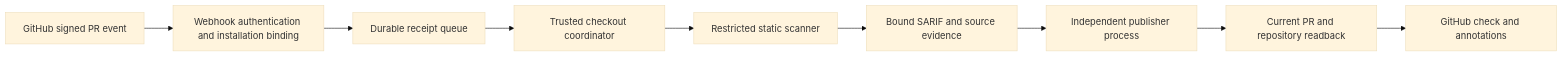
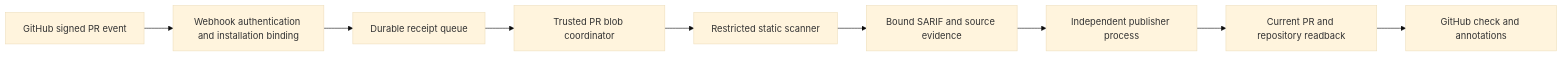
Before and after one commit to jayekwere/reviewshield: the diagram in docs/architecture.md, drawn with Mermaid (base theme). The commit also changed other lines of this file and 14 other files, not shown here.

````diff
--- a/docs/architecture.md
+++ b/docs/architecture.md
@@ -5,11 +5,11 @@
 ```mermaid
 flowchart LR
   G[GitHub signed PR event] --> R[Webhook authentication and installation binding]
   R --> Q[Durable receipt queue]
-  Q --> C[Trusted checkout coordinator]
+  Q --> C[Trusted PR blob coordinator]
   C --> W[Restricted static scanner]
   W --> A[Bound SARIF and source evidence]
   A --> P[Independent publisher process]
   P --> V[Current PR and repository readback]
   V --> K[GitHub check and annotations]
 ```
````
